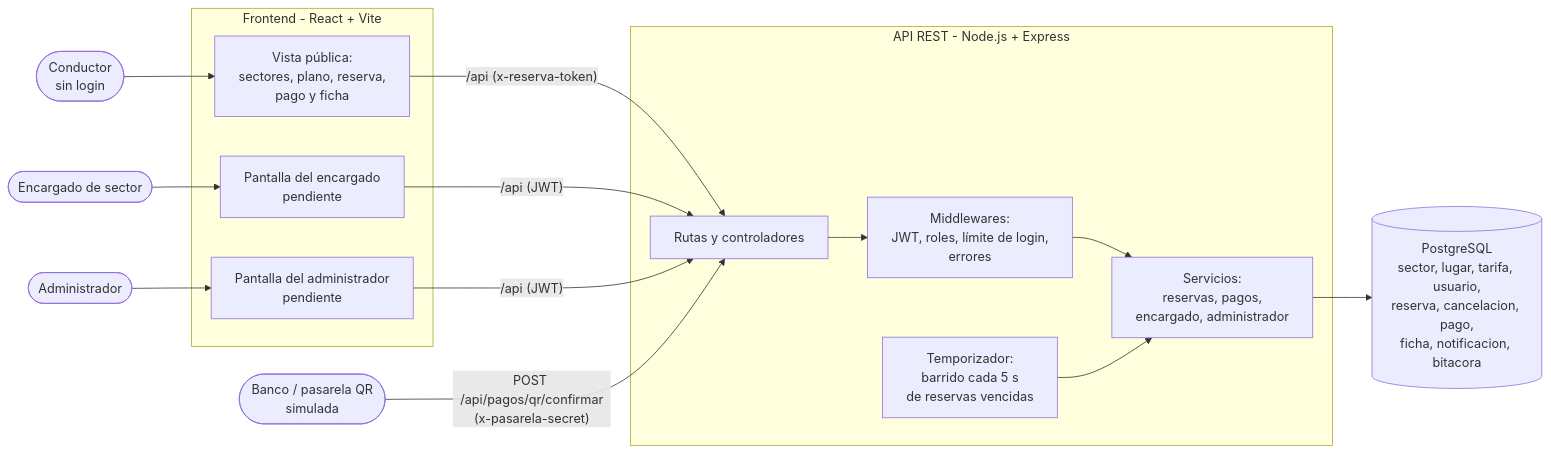
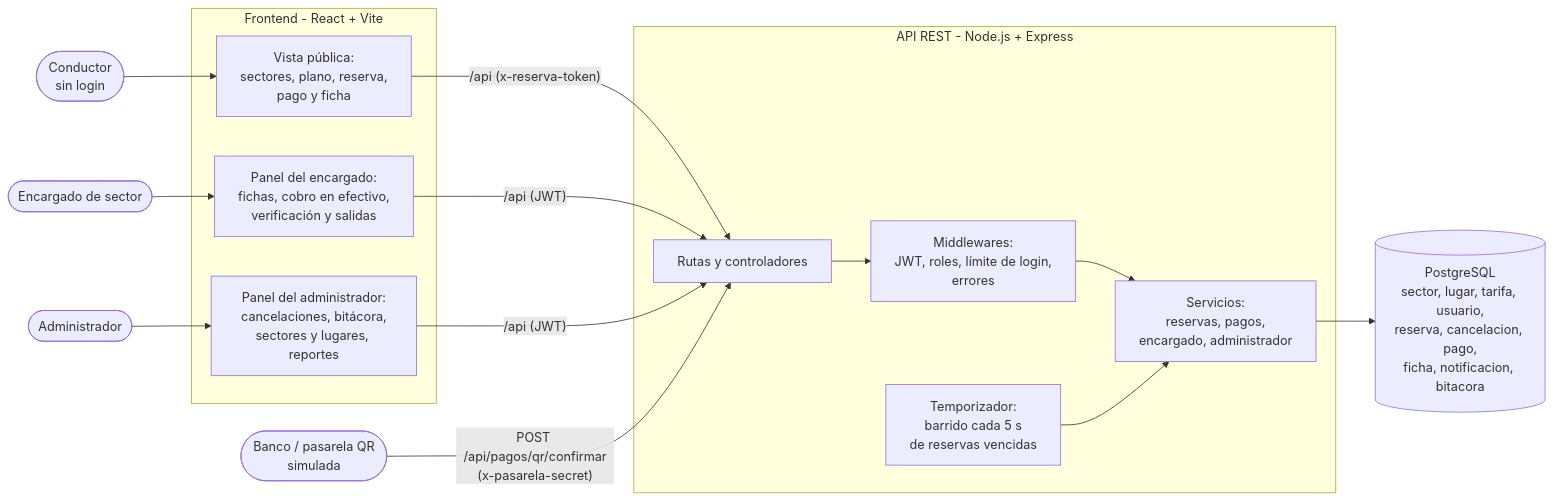
Before and after one commit to Nahuel830/Sistema-Parqueo: the first of 2 diagrams in diagramas/03-arquitectura.md, drawn with Mermaid. The commit also changed 2 other files, not shown here.

Commit message:
docs: actualiza los diagramas con los paneles del encargado y del administrador y la salida de vehículos

````diff
--- a/diagramas/03-arquitectura.md
+++ b/diagramas/03-arquitectura.md
@@ -7,33 +7,33 @@
 ```mermaid
 flowchart LR
   C([Conductor<br/>sin login])
   E([Encargado de sector])
   A([Administrador])
   B([Banco / pasarela QR<br/>simulada])
 
   subgraph FRONT[Frontend - React + Vite]
     FP[Vista pública:<br/>sectores, plano, reserva,<br/>pago y ficha]
-    FE[Pantalla del encargado<br/>pendiente]
-    FA[Pantalla del administrador<br/>pendiente]
+    FE[Panel del encargado:<br/>fichas, cobro en efectivo,<br/>verificación y salidas]
+    FA[Panel del administrador:<br/>cancelaciones, bitácora,<br/>sectores y lugares, reportes]
   end
 
   subgraph API[API REST - Node.js + Express]
     R[Rutas y controladores]
     M[Middlewares:<br/>JWT, roles, límite de login,<br/>errores]
     S[Servicios:<br/>reservas, pagos,<br/>encargado, administrador]
     T[Temporizador:<br/>barrido cada 5 s<br/>de reservas vencidas]
   end
 
   DB[(PostgreSQL<br/>sector, lugar, tarifa, usuario,<br/>reserva, cancelacion, pago,<br/>ficha, notificacion, bitacora)]
 
   C --> FP
   E --> FE
   A --> FA
   FP -- "/api (x-reserva-token)" --> R
   FE -- "/api (JWT)" --> R
   FA -- "/api (JWT)" --> R
   B -- "POST /api/pagos/qr/confirmar<br/>(x-pasarela-secret)" --> R
   R --> M --> S
   T --> S
   S --> DB
 ```
````
